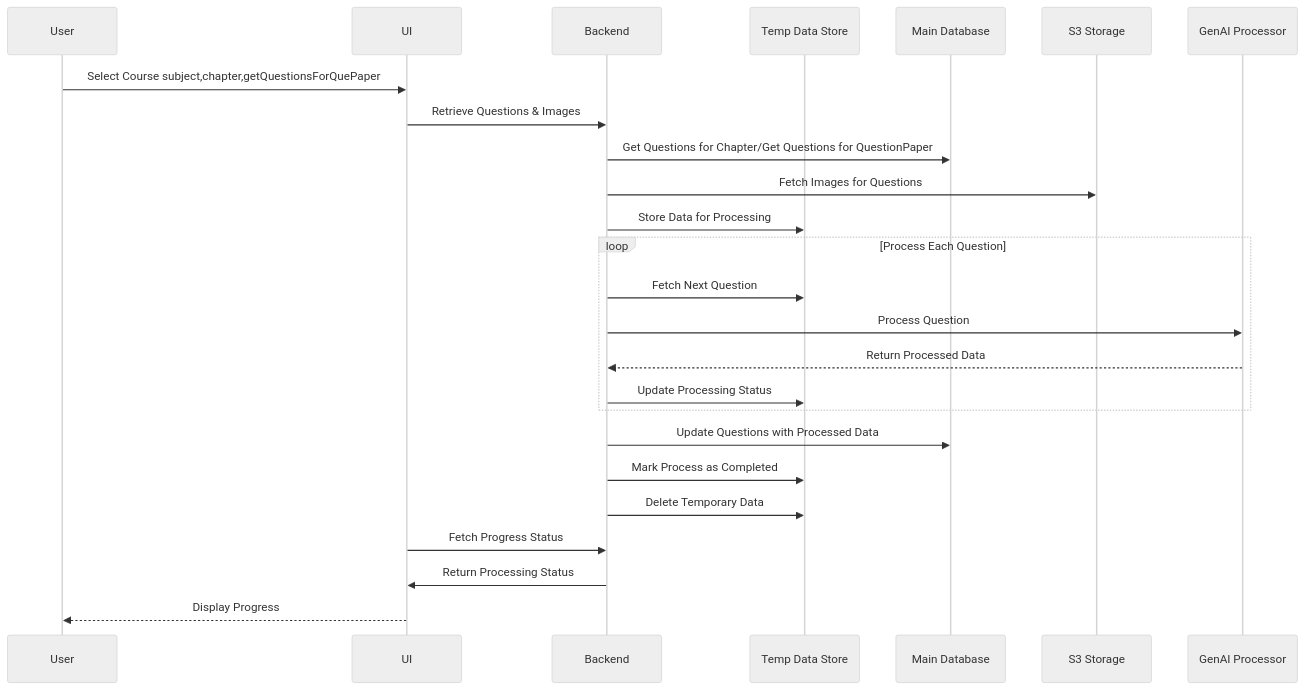
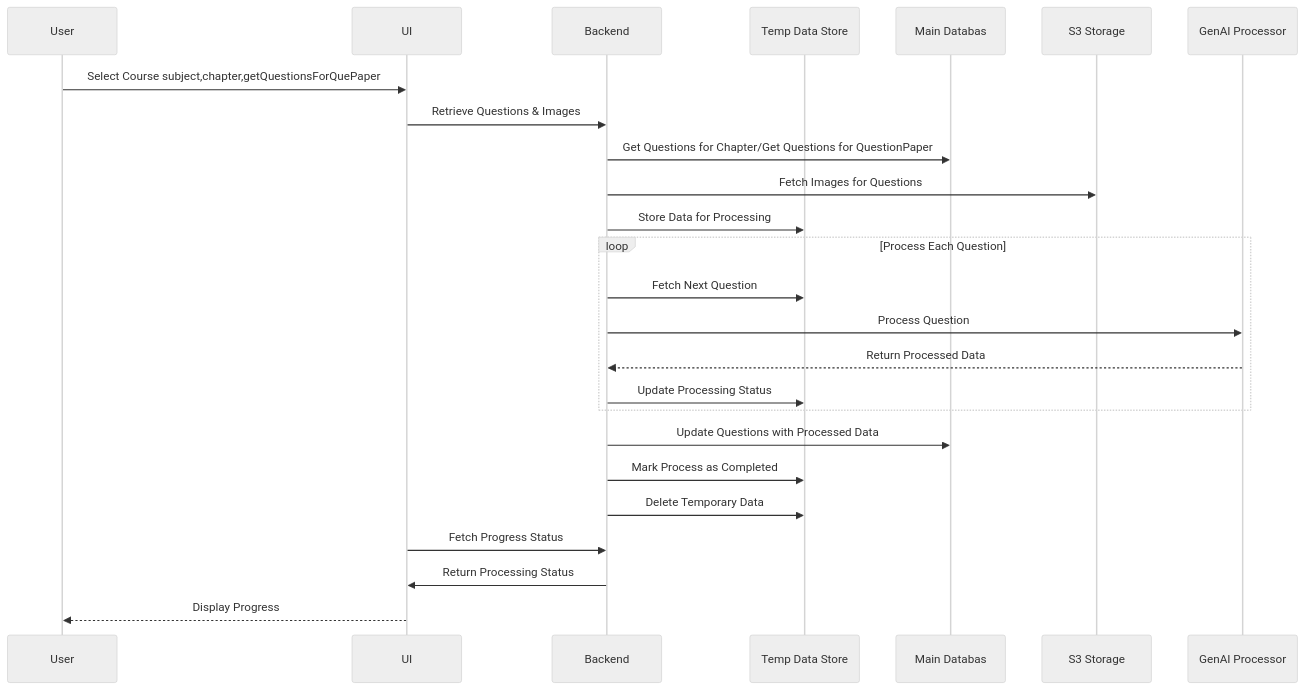
The diagram in docs/sequence_digram.md (MayuriSutar12/Documentation), drawn with Mermaid (neutral theme) before and after one commit.

````diff
--- a/docs/sequence_digram.md
+++ b/docs/sequence_digram.md
@@ -2,33 +2,33 @@
 ```mermaid
 sequenceDiagram
     participant User as User
     participant UI as UI
     participant Backend as Backend
     participant TempDB as Temp Data Store
-    participant MainDB as Main Database
+    participant JeeniDB as Main Databas
     participant S3 as S3 Storage
     participant GenAI as GenAI Processor
 
     User ->> UI: Select Course subject,chapter,getQuestionsForQuePaper
     UI ->> Backend: Retrieve Questions & Images
-    Backend ->> MainDB: Get Questions for Chapter/Get Questions for QuestionPaper
+    Backend ->> JeeniDB: Get Questions for Chapter/Get Questions for QuestionPaper
     Backend ->> S3: Fetch Images for Questions
     Backend ->> TempDB: Store Data for Processing
 
     loop Process Each Question
         Backend ->> TempDB: Fetch Next Question
         Backend ->> GenAI: Process Question
         GenAI -->> Backend: Return Processed Data
         Backend ->> TempDB: Update Processing Status
     end
 
-    Backend ->> MainDB: Update Questions with Processed Data
+    Backend ->> JeeniDB: Update Questions with Processed Data
     Backend ->> TempDB: Mark Process as Completed
     Backend ->> TempDB: Delete Temporary Data
 
     UI ->> Backend: Fetch Progress Status
     Backend ->> UI: Return Processing Status
     UI -->> User: Display Progress
 
 
 ```
````
